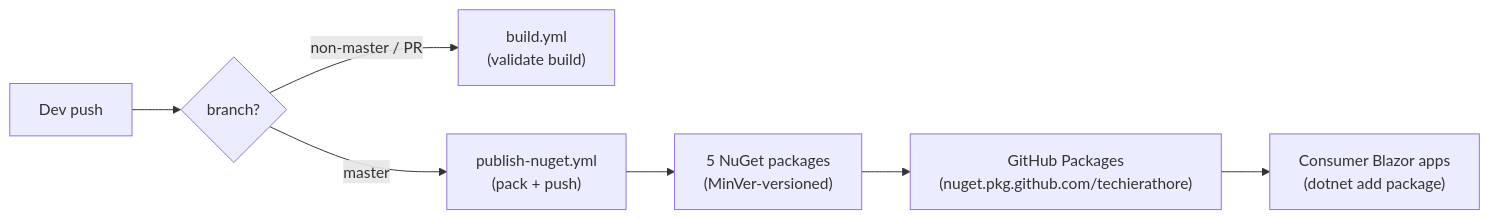
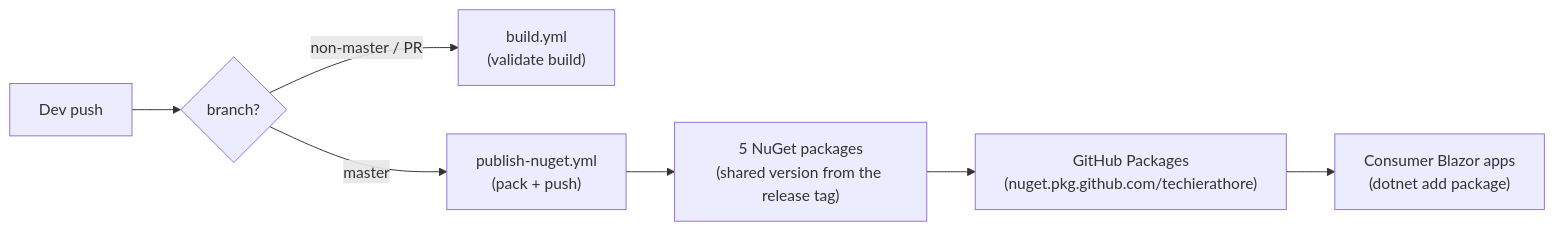
The fourth of 4 diagrams in docs/TrBlazeUI-Architecture.md (techierathore/TrBlazeUI), drawn with Mermaid before and after one commit. The commit also changed other lines of this file and 76 other files, not shown here.

````diff
--- a/docs/TrBlazeUI-Architecture.md
+++ b/docs/TrBlazeUI-Architecture.md
@@ -154,9 +154,9 @@
 ```mermaid
 flowchart LR
   Dev["Dev push"] --> Branch{"branch?"}
   Branch -->|"non-master / PR"| BuildWF["build.yml<br/>(validate build)"]
   Branch -->|"master"| PubWF["publish-nuget.yml<br/>(pack + push)"]
-  PubWF --> Pkgs["5 NuGet packages<br/>(MinVer-versioned)"]
+  PubWF --> Pkgs["5 NuGet packages<br/>(shared version from the release tag)"]
   Pkgs --> GHP["GitHub Packages<br/>(nuget.pkg.github.com/techierathore)"]
   GHP --> Consumer["Consumer Blazor apps<br/>(dotnet add package)"]
 ```
````
